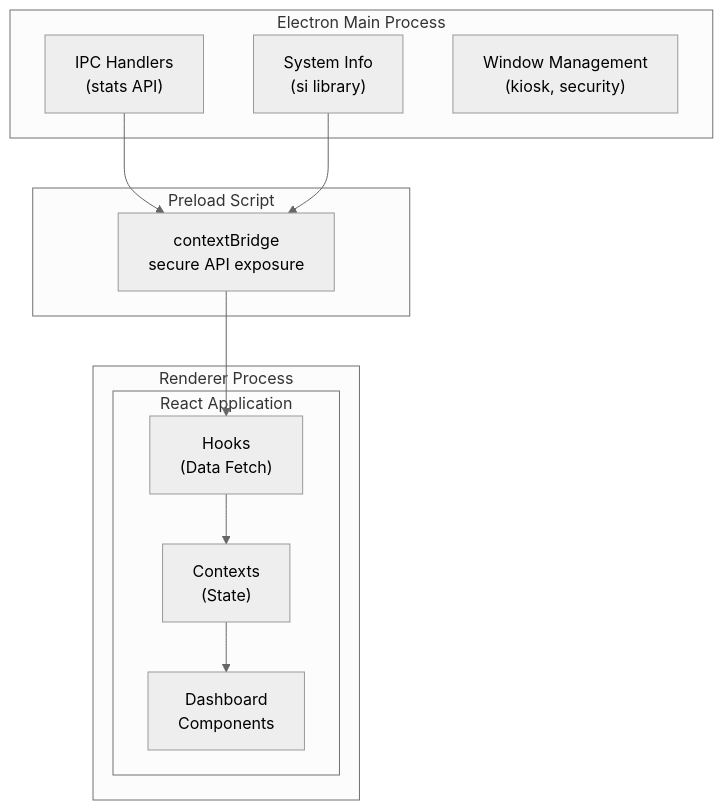
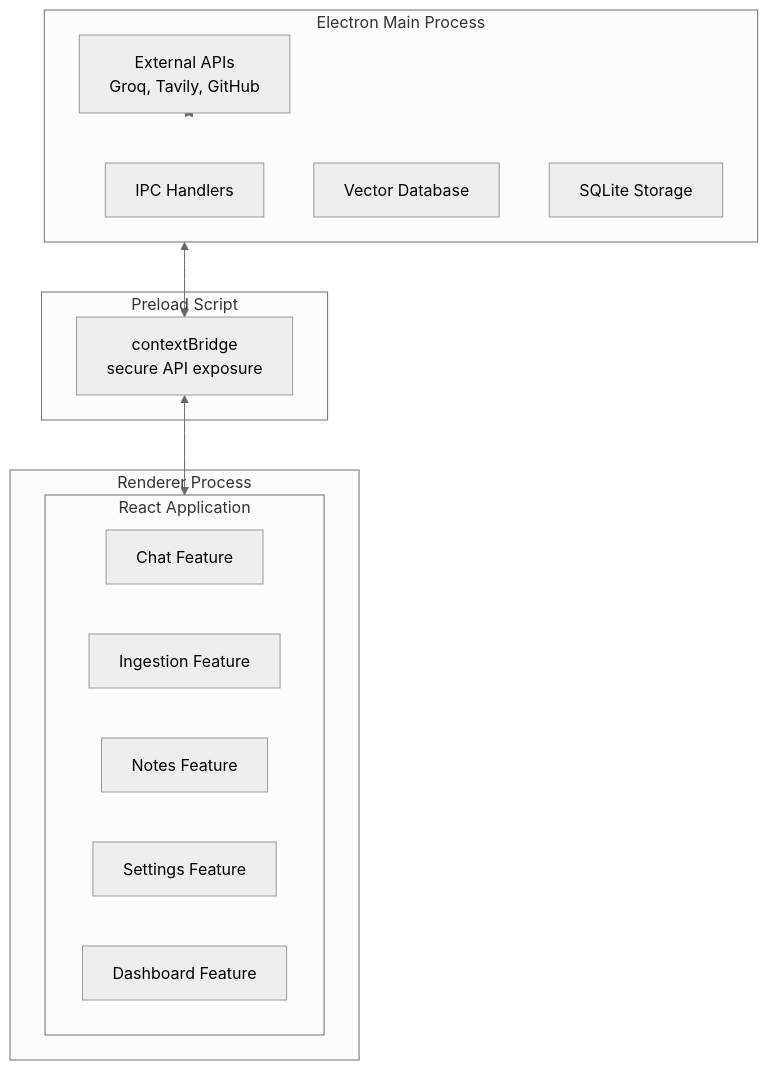
Before and after one commit to decagondev/desktop-applicaton: the diagram in README.md, drawn with Mermaid (neutral theme). The commit also changed other lines of this file and 3 other files, not shown here.

````diff
--- a/README.md
+++ b/README.md
@@ -106,26 +138,27 @@
 ```mermaid
 flowchart TB
-    subgraph MainProcess["Electron Main Process"]
-        IPC["IPC Handlers<br/>(stats API)"]
-        SI["System Info<br/>(si library)"]
-        WM["Window Management<br/>(kiosk, security)"]
+    subgraph MainProcess[Electron Main Process]
+        IPC[IPC Handlers]
+        VectorDB[Vector Database]
+        SQLite[SQLite Storage]
+        APIs[External APIs<br/>Groq, Tavily, GitHub]
     end
 
-    subgraph Preload["Preload Script"]
-        CB["contextBridge<br/>secure API exposure"]
+    subgraph Preload[Preload Script]
+        CB[contextBridge<br/>secure API exposure]
     end
 
-    subgraph Renderer["Renderer Process"]
-        subgraph React["React Application"]
-            Hooks["Hooks<br/>(Data Fetch)"]
-            Contexts["Contexts<br/>(State)"]
-            Components["Dashboard<br/>Components"]
+    subgraph Renderer[Renderer Process]
+        subgraph React[React Application]
+            Chat[Chat Feature]
+            Ingestion[Ingestion Feature]
+            Notes[Notes Feature]
+            Settings[Settings Feature]
+            Dashboard[Dashboard Feature]
         end
     end
 
-    IPC --> CB
-    SI --> CB
-    CB --> Hooks
-    Hooks --> Contexts
-    Contexts --> Components
+    MainProcess <--> CB
+    CB <--> React
+    APIs <--> MainProcess
 ```
````
